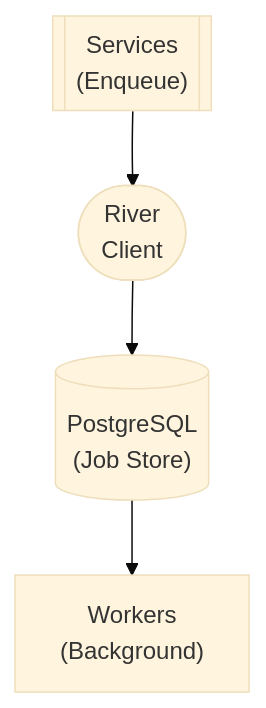
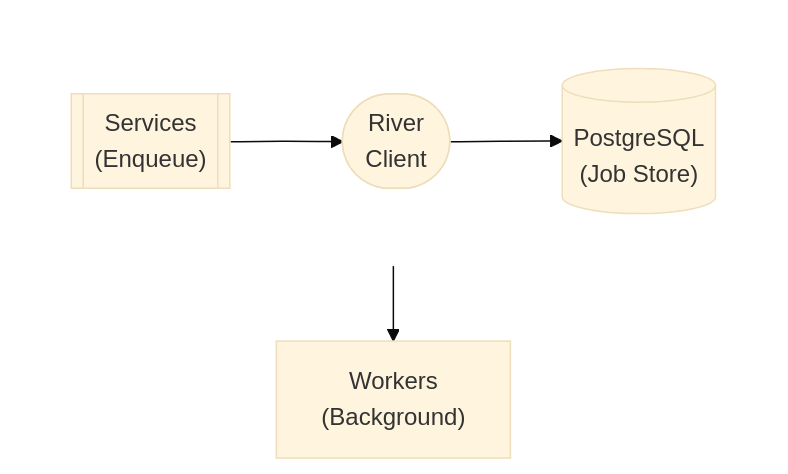
The diagram in docs/dev/design/integrations/infrastructure/RIVER.md (lusoris/revenge), drawn with Mermaid (base theme) before and after one commit. The commit also changed 210 other files, not shown here.

First line of the commit message:
feat(docs): Add horizontal layout support for Mermaid diagrams

````diff
--- a/docs/dev/design/integrations/infrastructure/RIVER.md
+++ b/docs/dev/design/integrations/infrastructure/RIVER.md
@@ -58,10 +58,16 @@
 ```mermaid
 flowchart TD
-    node1[["Services<br/>(Enqueue)"]]
-    node2(["River<br/>Client"])
-    node3[("PostgreSQL<br/>(Job Store)")]
+    subgraph row1[ ]
+        direction LR
+        node1[["Services<br/>(Enqueue)"]]
+        node2(["River<br/>Client"])
+        node3[("PostgreSQL<br/>(Job Store)")]
+    end
     node4["Workers<br/>(Background)"]
     node1 --> node2
     node2 --> node3
     node3 --> node4
+
+    %% Hide row subgraph borders
+    style row1 fill:transparent,stroke:transparent
 ```
````
